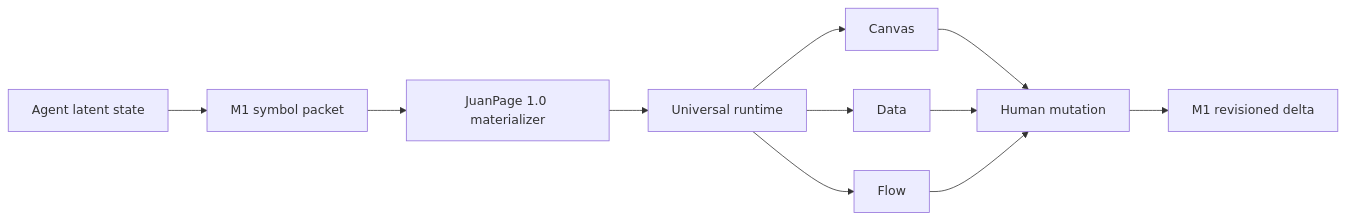
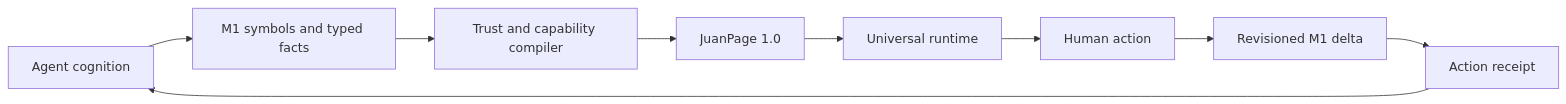
Before and after one commit to CakeRepository/JuanPage: the diagram in README.md, drawn with Mermaid. The commit also changed other lines of this file, not shown here.

Commit message:
Document the complete M1 trust and SDK architecture

````diff
--- a/README.md
+++ b/README.md
@@ -9,13 +9,11 @@
 ```mermaid
 flowchart LR
-  A[Agent latent state] --> B[M1 symbol packet]
-  B --> C[JuanPage 1.0 materializer]
-  C --> D[Universal runtime]
-  D --> E[Canvas]
-  D --> F[Data]
-  D --> G[Flow]
-  E --> H[Human mutation]
-  F --> H
-  G --> H
-  H --> I[M1 revisioned delta]
+  A[Agent cognition] --> B[M1 symbols and typed facts]
+  B --> C[Trust and capability compiler]
+  C --> D[JuanPage 1.0]
+  D --> E[Universal runtime]
+  E --> F[Human action]
+  F --> G[Revisioned M1 delta]
+  G --> H[Action receipt]
+  H --> A
 ```
````
